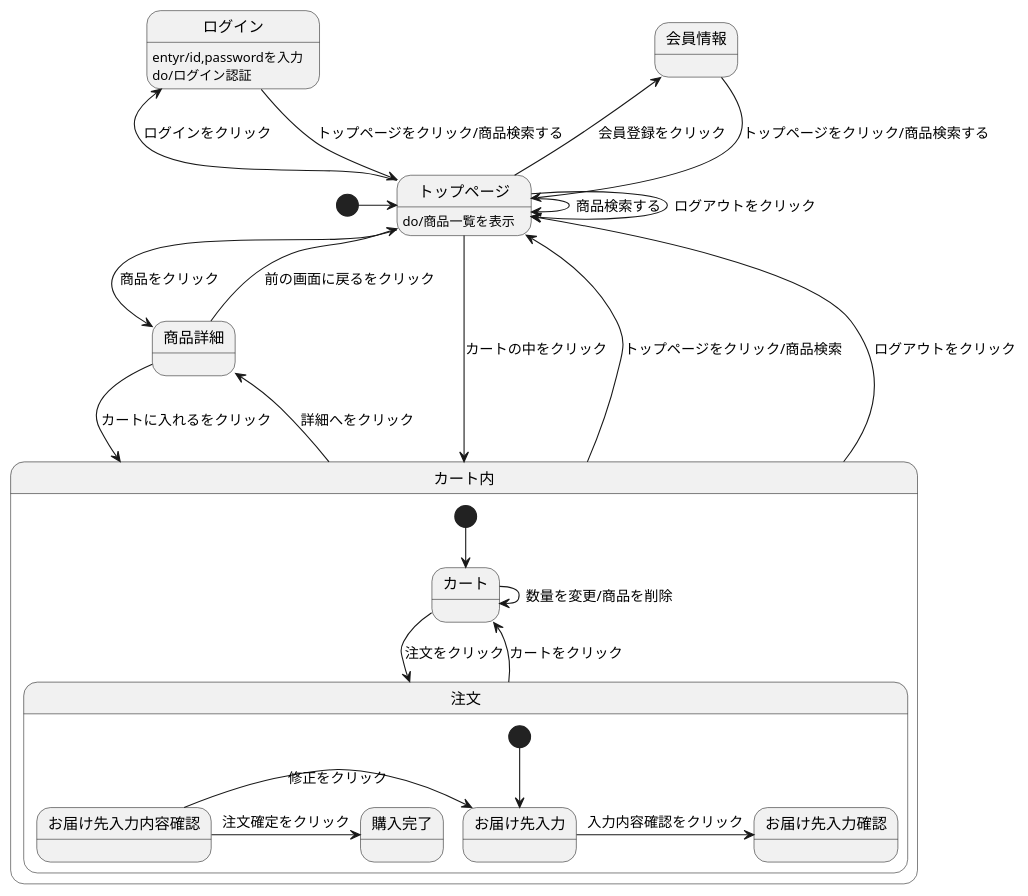
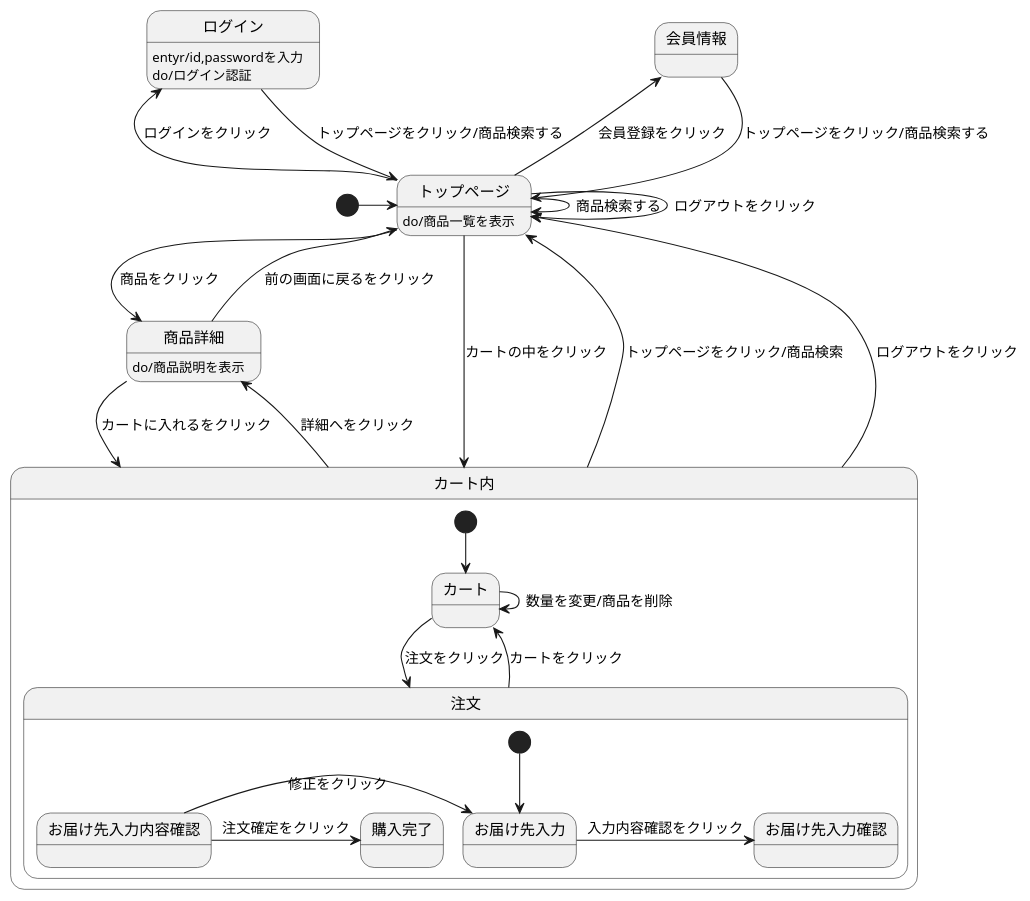
The diagram in stm01.md (Aso2001168/Aso2001168), drawn with PlantUML before and after one commit.

````diff
--- a/stm01.md
+++ b/stm01.md
@@ -1,35 +1,35 @@
 ```uml
 @startuml
 [*] -> トップページ
 会員情報 --> トップページ : トップページをクリック/商品検索する
 ログイン --> トップページ : トップページをクリック/商品検索する
 ログイン : entyr/id,passwordを入力
 ログイン : do/ログイン認証
 トップページ --> トップページ : ログアウトをクリック
 トップページ -> トップページ : 商品検索する
 トップページ -> 商品詳細 : 商品をクリック
 トップページ -left-> 会員情報 : 会員登録をクリック
 トップページ -left-> ログイン : ログインをクリック
 トップページ --> カート内 : カートの中をクリック
 トップページ : do/商品一覧を表示
 商品詳細 --> カート内 : カートに入れるをクリック
 商品詳細 --> トップページ : 前の画面に戻るをクリック
+商品詳細 : do/商品説明を表示
 カート内 -up-> トップページ : トップページをクリック/商品検索
 カート内 -up-> トップページ : ログアウトをクリック
 カート内 -> 商品詳細 : 詳細へをクリック
 
 state カート内{
 [*] --> カート
 カート -> 注文 : 注文をクリック
 カート -> カート : 数量を変更/商品を削除
 注文 --> カート : カートをクリック
 state 注文{
 [*] --> お届け先入力
 お届け先入力 -> お届け先入力確認 : 入力内容確認をクリック
 お届け先入力内容確認 -> お届け先入力 : 修正をクリック
 お届け先入力内容確認 -> 購入完了 : 注文確定をクリック
 }
 }
-
 @enduml
 ```
````
